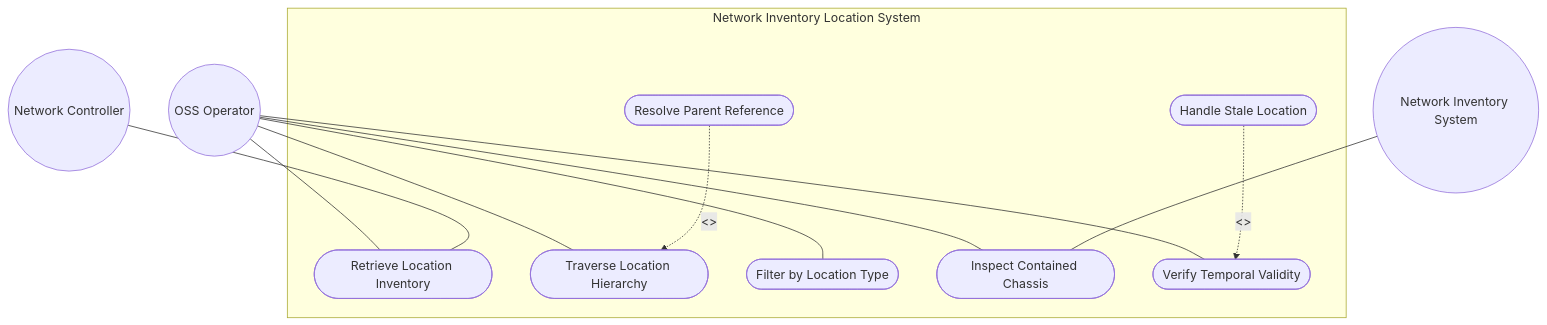
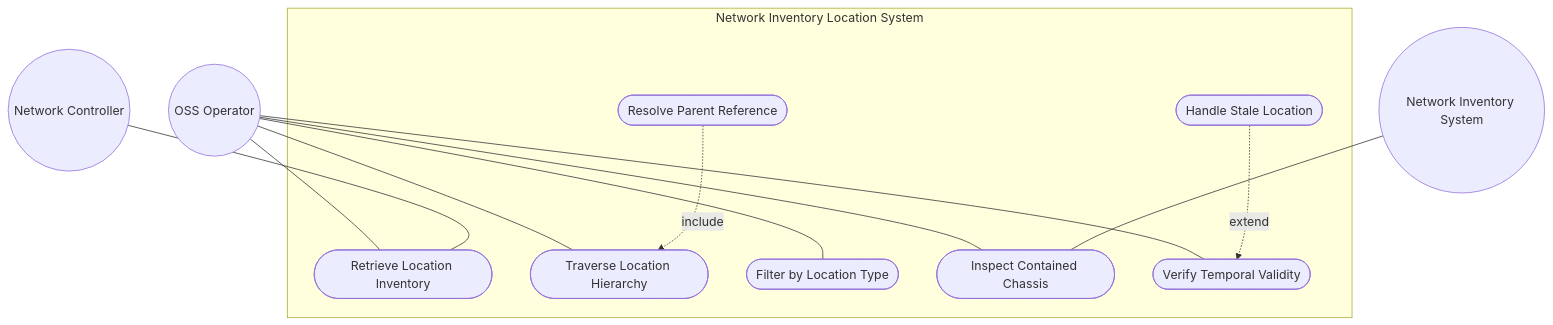
Before and after one commit to gintatkinson/3dgs-030: the first of 2 diagrams in docs/use-cases/uc-01-locations-container.md, drawn with Mermaid. The commit also changed 17 other files, not shown here.

Commit message:
docs: fix Mermaid UML rendering in all 18 use cases -- remove <<include>>/<<extend>> angle brackets causing GitHub renderer failure

````diff
--- a/docs/use-cases/uc-01-locations-container.md
+++ b/docs/use-cases/uc-01-locations-container.md
@@ -116,21 +116,21 @@
 ```mermaid
 graph TD
     subgraph "Network Inventory Location System"
         UC1([Retrieve Location Inventory])
         UC2([Traverse Location Hierarchy])
         UC3([Filter by Location Type])
         UC4([Inspect Contained Chassis])
         UC5([Verify Temporal Validity])
         UC6([Handle Stale Location])
         UC7([Resolve Parent Reference])
     end
     OSS((OSS Operator)) --- UC1
     OSS --- UC2
     OSS --- UC3
     OSS --- UC4
     OSS --- UC5
-    UC6 -. "<<extend>>" .-> UC5
-    UC7 -. "<<include>>" .-> UC2
+    UC6 -. "extend" .-> UC5
+    UC7 -. "include" .-> UC2
     NC((Network Controller)) --- UC1
     NIS((Network Inventory System)) --- UC4
 ```
````
